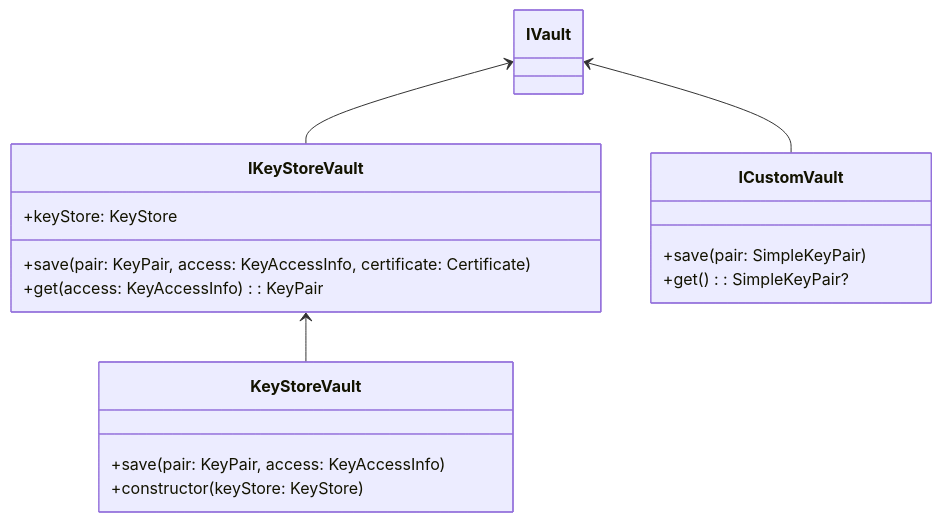
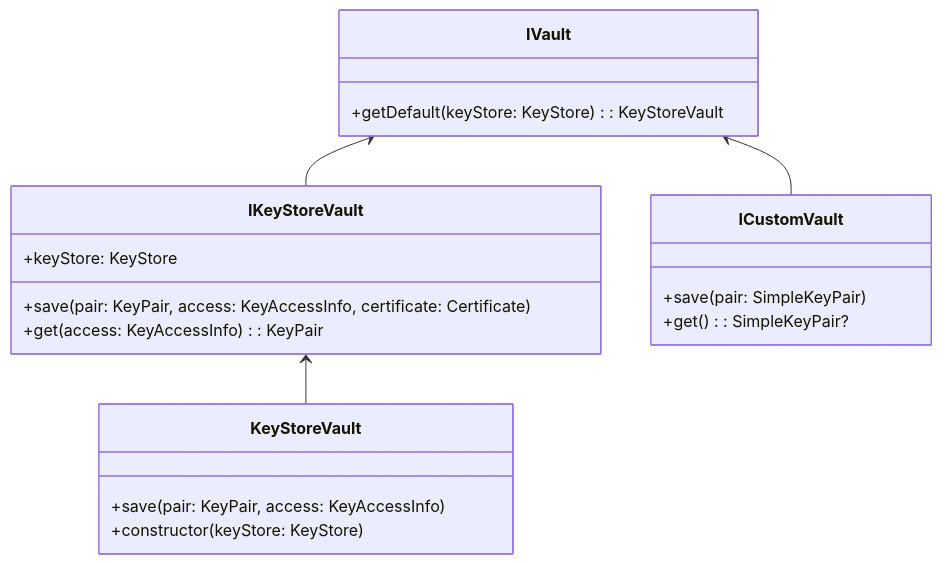
The third of 4 diagrams in src/kotlin/README.md (planet-nine-app/sessionless), drawn with Mermaid before and after one commit. The commit also changed other lines of this file, not shown here.

Commit message:
update: diagrams

````diff
--- a/src/kotlin/README.md
+++ b/src/kotlin/README.md
@@ -62,23 +62,25 @@
 ```mermaid
 classDiagram
-  class IVault { }
+  class IVault {
+    +getDefault(keyStore: KeyStore): KeyStoreVault
+  }
   class IKeyStoreVault {
     +keyStore: KeyStore
 
     +save(pair: KeyPair, access: KeyAccessInfo, certificate: Certificate)
     +get(access: KeyAccessInfo): KeyPair
   }
   class ICustomVault {
     +save(pair: SimpleKeyPair)
     +get(): SimpleKeyPair?
   }
 
   class KeyStoreVault {
     +save(pair: KeyPair, access: KeyAccessInfo)
     +constructor(keyStore: KeyStore)
   }
 
   IVault <-- IKeyStoreVault
   IVault <-- ICustomVault
   IKeyStoreVault <-- KeyStoreVault
 ```
````
